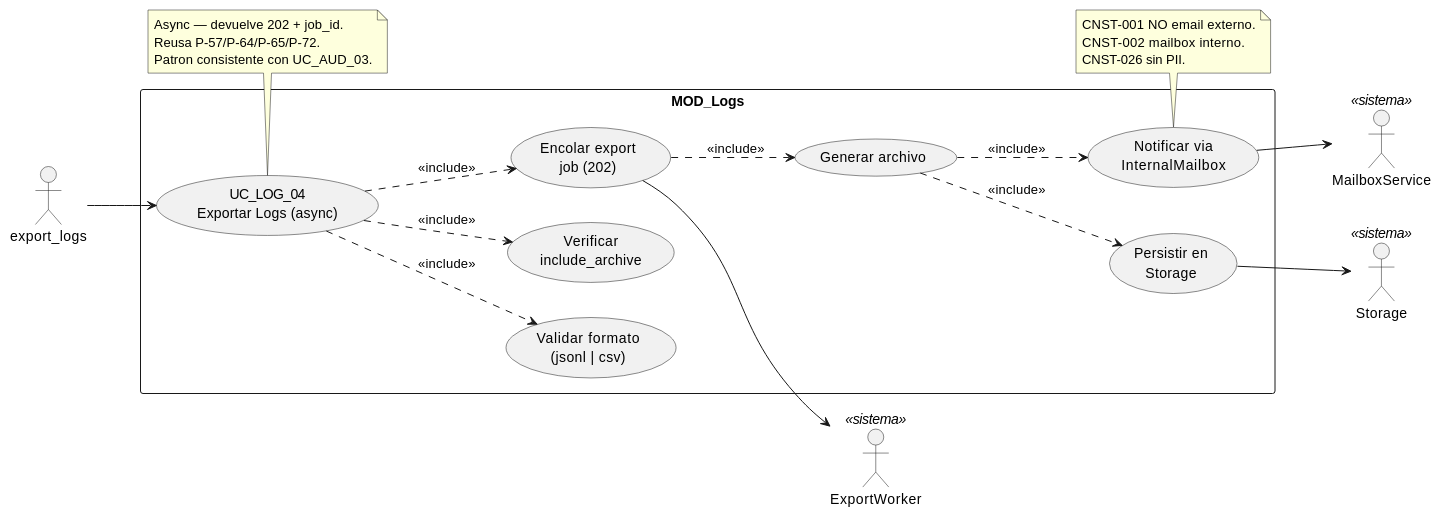
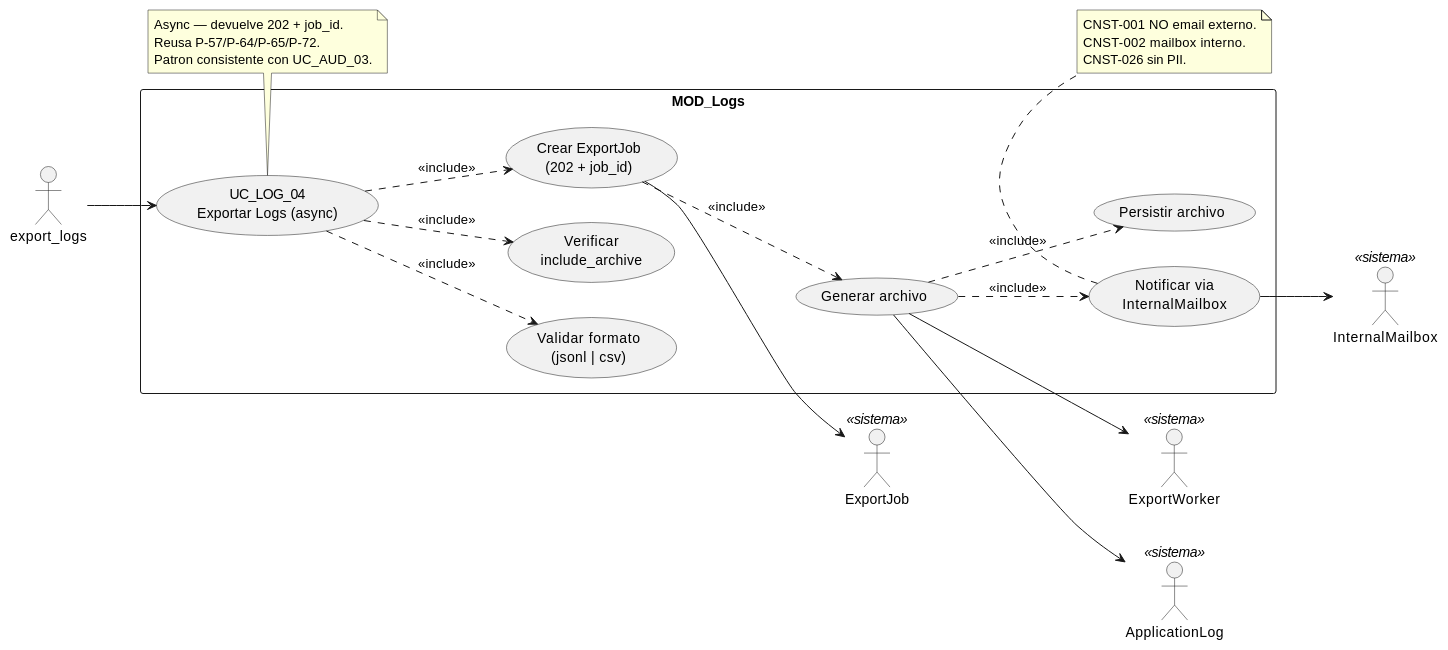
One commit to jcg-admin/IACT-docs changed the diagram in source/requisitos/casos-uso/logs/uc-log-04/diagramas-uml/diagrama-de-caso-de-uso.rst. Above: the diagram before and after it, drawn with PlantUML. The commit also changed other lines of this file and 52 other files, not shown here.

```diff
--- a/source/requisitos/casos-uso/logs/uc-log-04/diagramas-uml/diagrama-de-caso-de-uso.rst
+++ b/source/requisitos/casos-uso/logs/uc-log-04/diagramas-uml/diagrama-de-caso-de-uso.rst
@@ -4,47 +4,49 @@
 .. uml::
  :caption: UC_LOG_04 — actores y casos asociados
 
  @startuml
 
  left to right direction
 
  actor "export_logs" as INVOKER
  actor "ExportWorker" as WORKER <<sistema>>
- actor "Storage" as STORAGE <<sistema>>
- actor "MailboxService" as MAILBOX <<sistema>>
+ actor "ExportJob" as JOB <<sistema>>
+ actor "InternalMailbox" as MB <<sistema>>
+ actor "ApplicationLog" as LOG <<sistema>>
 
  rectangle "MOD_Logs" {
    usecase "UC_LOG_04\nExportar Logs (async)" as UC_LOG_04
    usecase "Validar formato\n(jsonl | csv)" as VALIDAR_FORMATO
    usecase "Verificar\ninclude_archive" as VERIFY_ARCHIVE
-   usecase "Encolar export\njob (202)" as ENCOLAR
+   usecase "Crear ExportJob\n(202 + job_id)" as CREATE_JOB
    usecase "Generar archivo" as GENERAR
-   usecase "Persistir en\nStorage" as PERSIST_FILE
+   usecase "Persistir archivo" as PERSIST_FILE
    usecase "Notificar via\nInternalMailbox" as NOTIFICAR
  }
 
  INVOKER --> UC_LOG_04
  UC_LOG_04 ..> VALIDAR_FORMATO : <<include>>
  UC_LOG_04 ..> VERIFY_ARCHIVE : <<include>>
- UC_LOG_04 ..> ENCOLAR : <<include>>
- ENCOLAR ..> GENERAR : <<include>>
+ UC_LOG_04 ..> CREATE_JOB : <<include>>
+ CREATE_JOB ..> GENERAR : <<include>>
  GENERAR ..> PERSIST_FILE : <<include>>
  GENERAR ..> NOTIFICAR : <<include>>
 
- ENCOLAR --> WORKER
- PERSIST_FILE --> STORAGE
- NOTIFICAR --> MAILBOX
+ CREATE_JOB --> JOB
+ GENERAR --> WORKER
+ GENERAR --> LOG
+ NOTIFICAR --> MB
 
  note bottom of UC_LOG_04
    Async — devuelve 202 + job_id.
    Reusa P-57/P-64/P-65/P-72.
    Patron consistente con UC_AUD_03.
  end note
 
  note bottom of NOTIFICAR
    CNST-001 NO email externo.
    CNST-002 mailbox interno.
    CNST-026 sin PII.
  end note
 
  @enduml
```
